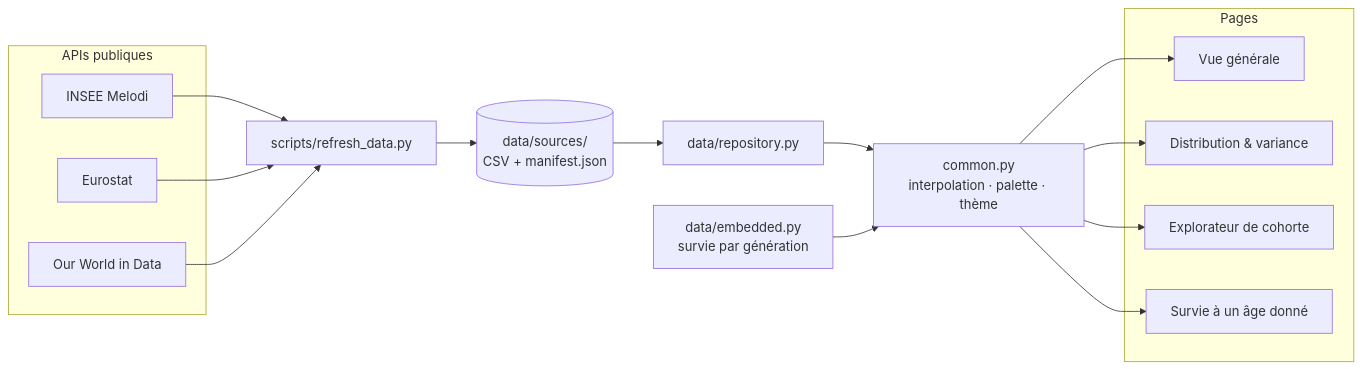
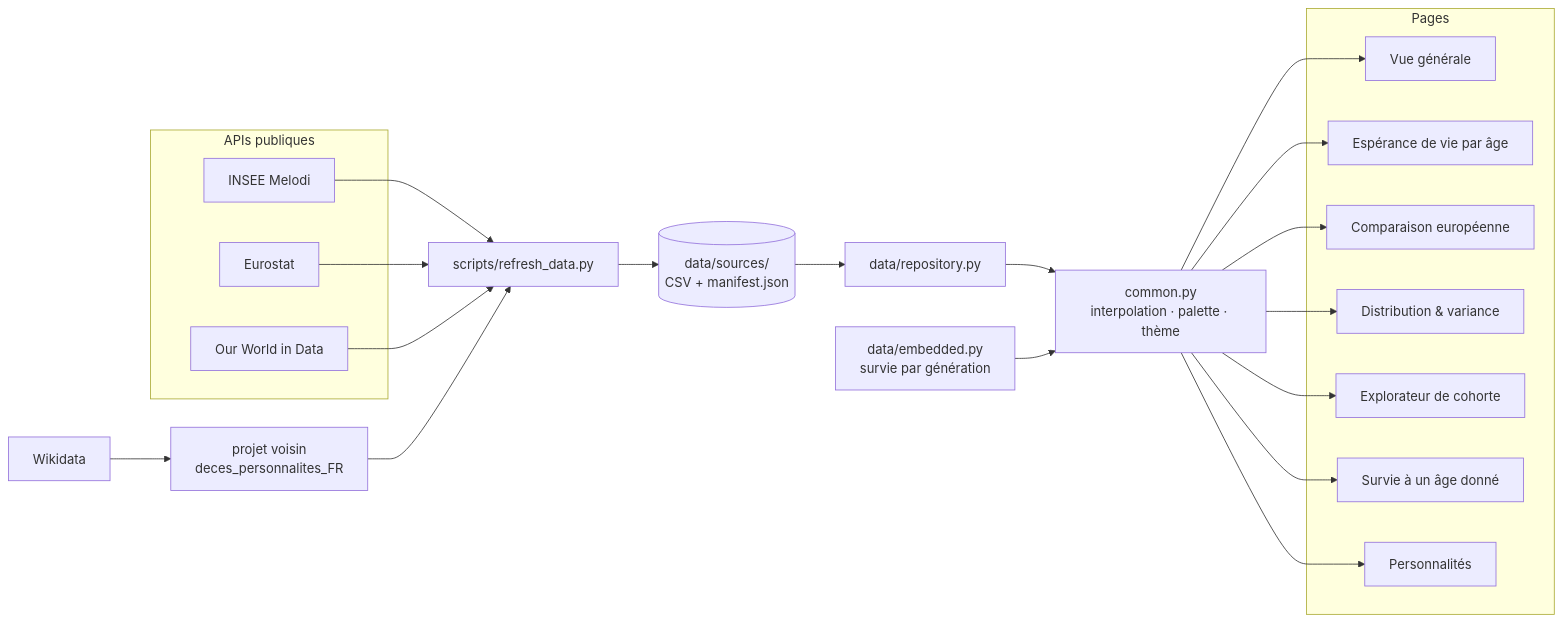
The diagram in README.md (floSa/esperance_de_vie_FR), drawn with Mermaid before and after one commit. The commit also changed other lines of this file and 1 other file, not shown here.

First line of the commit message:
docs: documenter la page Personnalités et ses deux sources

````diff
--- a/README.md
+++ b/README.md
@@ -66,22 +75,27 @@
 ```mermaid
 flowchart LR
   subgraph Sources["APIs publiques"]
     insee[INSEE Melodi]
     euro[Eurostat]
     owid[Our World in Data]
   end
+  wd[Wikidata] --> collecte[projet voisin<br/>deces_personnalites_FR]
   refresh[scripts/refresh_data.py]
   csv[(data/sources/<br/>CSV + manifest.json)]
   repo[data/repository.py]
   emb[data/embedded.py<br/>survie par génération]
   common[common.py<br/>interpolation · palette · thème]
   subgraph Pages
     p1[Vue générale]
-    p2[Distribution & variance]
-    p3[Explorateur de cohorte]
-    p4[Survie à un âge donné]
+    p2[Espérance de vie par âge]
+    p3[Comparaison européenne]
+    p4[Distribution & variance]
+    p5[Explorateur de cohorte]
+    p6[Survie à un âge donné]
+    p7[Personnalités]
   end
   insee & euro & owid --> refresh --> csv --> repo --> common
+  collecte --> refresh
   emb --> common
-  common --> p1 & p2 & p3 & p4
+  common --> p1 & p2 & p3 & p4 & p5 & p6 & p7
 ```
````
